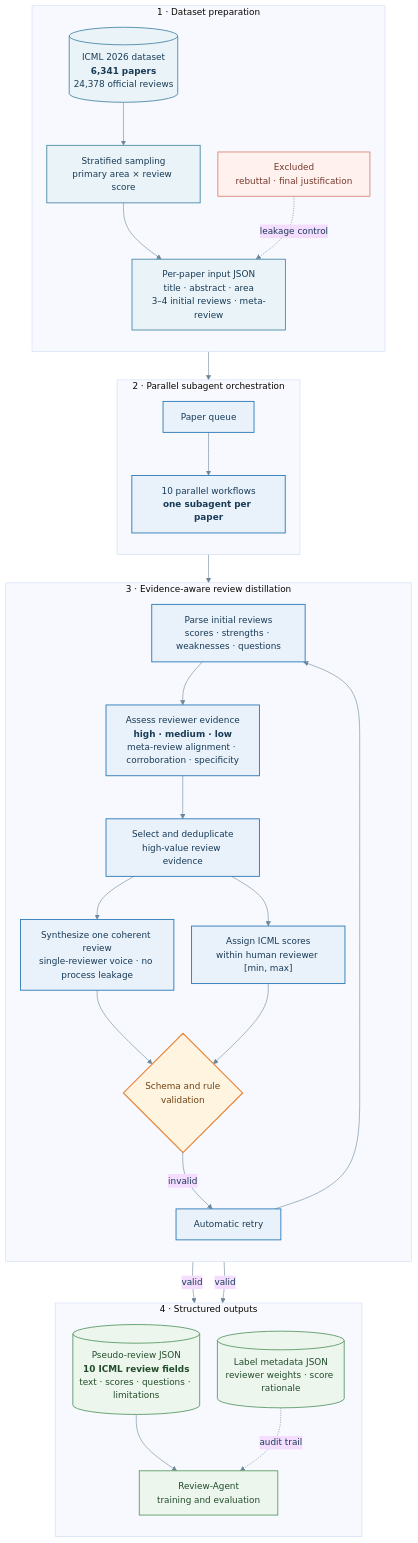
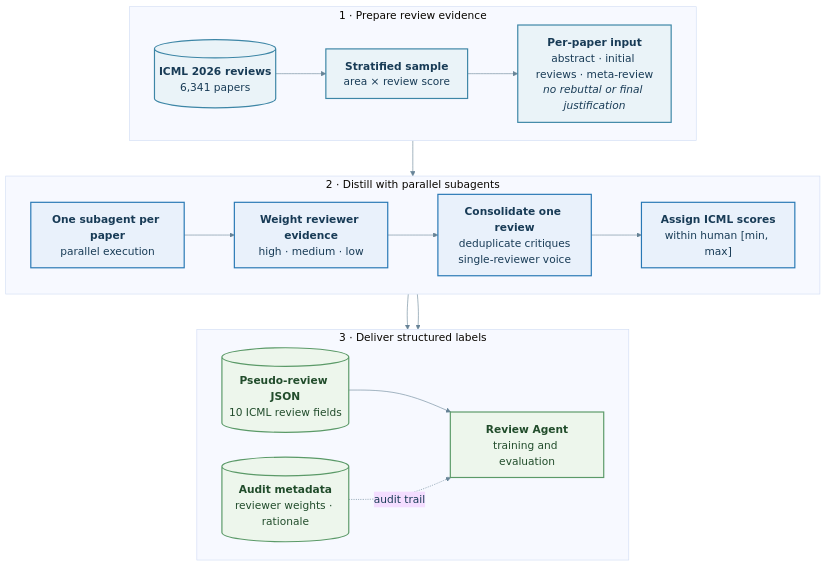
One commit to baeseongsu/ralphthon-icml changed the diagram in psudo_labeling/analysis/pseudo_labeling_pipeline.md. Above: the diagram before and after it, drawn with Mermaid. The commit also changed other lines of this file and 3 other files, not shown here.

Commit message:
Simplify pseudo-labeling pipeline figure

````diff
--- a/psudo_labeling/analysis/pseudo_labeling_pipeline.md
+++ b/psudo_labeling/analysis/pseudo_labeling_pipeline.md
@@ -3,66 +3,45 @@
 ```mermaid
 %%{init: {
   "theme": "base",
-  "flowchart": {"curve": "basis", "nodeSpacing": 30, "rankSpacing": 48},
+  "flowchart": {"curve": "basis", "nodeSpacing": 42, "rankSpacing": 60},
   "themeVariables": {
     "fontFamily": "Inter, Arial, sans-serif",
-    "fontSize": "15px",
+    "fontSize": "18px",
     "primaryTextColor": "#183B56",
-    "lineColor": "#6C8798"
+    "lineColor": "#668396"
   }
 }}%%
 flowchart TB
-    subgraph DATA["1 · Dataset preparation"]
-        direction TB
-        HF[("ICML 2026 dataset<br/><b>6,341 papers</b><br/>24,378 official reviews")]
-        SAMPLE["Stratified sampling<br/>primary area × review score"]
-        INPUT["Per-paper input JSON<br/>title · abstract · area<br/>3–4 initial reviews · meta-review"]
-        EXCLUDE["Excluded<br/>rebuttal · final justification"]
-        HF --> SAMPLE --> INPUT
-        EXCLUDE -. leakage control .-> INPUT
+    subgraph PREP["1 · Prepare review evidence"]
+        direction LR
+        DATA[("<b>ICML 2026 reviews</b><br/>6,341 papers")]
+        SAMPLE["<b>Stratified sample</b><br/>area × review score"]
+        INPUT["<b>Per-paper input</b><br/>abstract · initial reviews · meta-review<br/><i>no rebuttal or final justification</i>"]
+        DATA --> SAMPLE --> INPUT
     end
-    subgraph ORCH["2 · Parallel subagent orchestration"]
-        direction TB
-        QUEUE["Paper queue"]
-        WORKERS["10 parallel workflows<br/><b>one subagent per paper</b>"]
-        QUEUE --> WORKERS
+    subgraph DISTILL["2 · Distill with parallel subagents"]
+        direction LR
+        AGENT["<b>One subagent per paper</b><br/>parallel execution"]
+        WEIGHT["<b>Weight reviewer evidence</b><br/>high · medium · low"]
+        SYNTH["<b>Consolidate one review</b><br/>deduplicate critiques<br/>single-reviewer voice"]
+        SCORE["<b>Assign ICML scores</b><br/>within human [min, max]"]
+        AGENT --> WEIGHT --> SYNTH --> SCORE
     end
-    subgraph AGENT["3 · Evidence-aware review distillation"]
-        direction TB
-        READ["Parse initial reviews<br/>scores · strengths · weaknesses · questions"]
-        WEIGH["Assess reviewer evidence<br/><b>high · medium · low</b><br/>meta-review alignment · corroboration · specificity"]
-        SELECT["Select and deduplicate<br/>high-value review evidence"]
-        WRITE["Synthesize one coherent review<br/>single-reviewer voice · no process leakage"]
-        SCORE["Assign ICML scores<br/>within human reviewer [min, max]"]
-        VALIDATE{"Schema and rule<br/>validation"}
-        RETRY["Automatic retry"]
-        READ --> WEIGH --> SELECT
-        SELECT --> WRITE
-        SELECT --> SCORE
-        WRITE --> VALIDATE
-        SCORE --> VALIDATE
-        VALIDATE -- invalid --> RETRY --> READ
-    end
-    subgraph OUTPUT["4 · Structured outputs"]
-        direction TB
-        REVIEW[("Pseudo-review JSON<br/><b>10 ICML review fields</b><br/>text · scores · questions · limitations")]
-        META[("Label metadata JSON<br/>reviewer weights · score rationale")]
-        USE["Review-Agent<br/>training and evaluation"]
+    subgraph DELIVER["3 · Deliver structured labels"]
+        direction LR
+        REVIEW[("<b>Pseudo-review JSON</b><br/>10 ICML review fields")]
+        META[("<b>Audit metadata</b><br/>reviewer weights · rationale")]
+        USE["<b>Review Agent</b><br/>training and evaluation"]
         REVIEW --> USE
         META -. audit trail .-> USE
     end
-    INPUT --> QUEUE
-    WORKERS --> READ
-    VALIDATE -- valid --> REVIEW
-    VALIDATE -- valid --> META
-    classDef data fill:#EAF3F8,stroke:#4B89A6,stroke-width:1.5px,color:#183B56;
-    classDef process fill:#E9F1FB,stroke:#2878B5,stroke-width:1.5px,color:#183B56;
-    classDef decision fill:#FFF4DF,stroke:#E6863B,stroke-width:2px,color:#704214;
-    classDef output fill:#EDF6EC,stroke:#5B9A68,stroke-width:1.5px,color:#214C2B;
-    classDef warning fill:#FFF1EE,stroke:#D46A55,stroke-width:1.2px,color:#76382B;
-    class HF,SAMPLE,INPUT data;
-    class QUEUE,WORKERS,READ,WEIGH,SELECT,WRITE,SCORE,RETRY process;
-    class VALIDATE decision;
+    INPUT --> AGENT
+    SCORE --> REVIEW
+    SCORE --> META
+    classDef data fill:#EAF3F8,stroke:#3D86A6,stroke-width:2px,color:#183B56;
+    classDef process fill:#E9F1FB,stroke:#2878B5,stroke-width:2px,color:#183B56;
+    classDef output fill:#EDF6EC,stroke:#5B9A68,stroke-width:2px,color:#214C2B;
+    class DATA,SAMPLE,INPUT data;
+    class AGENT,WEIGHT,SYNTH,SCORE process;
     class REVIEW,META,USE output;
-    class EXCLUDE warning;
 ```
````
